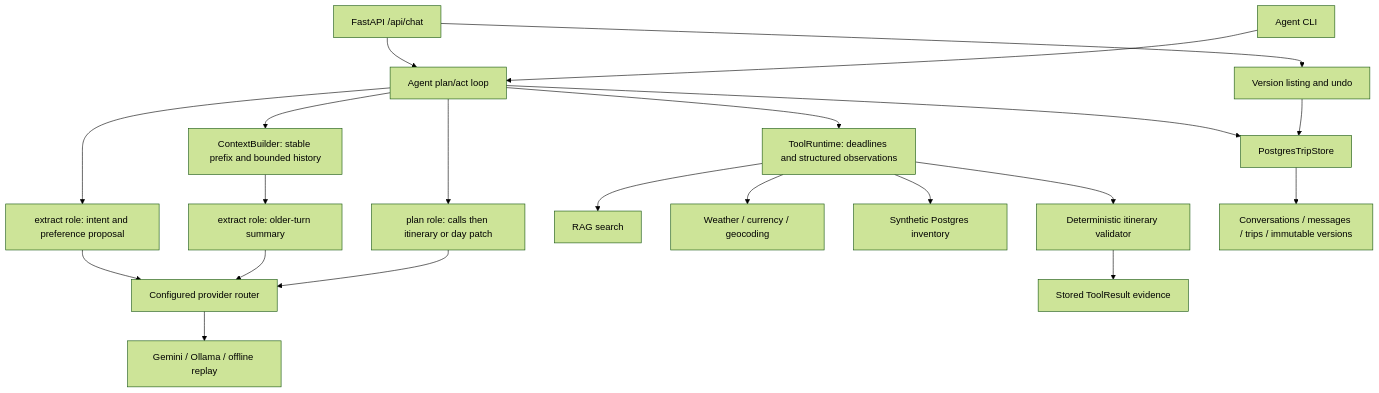
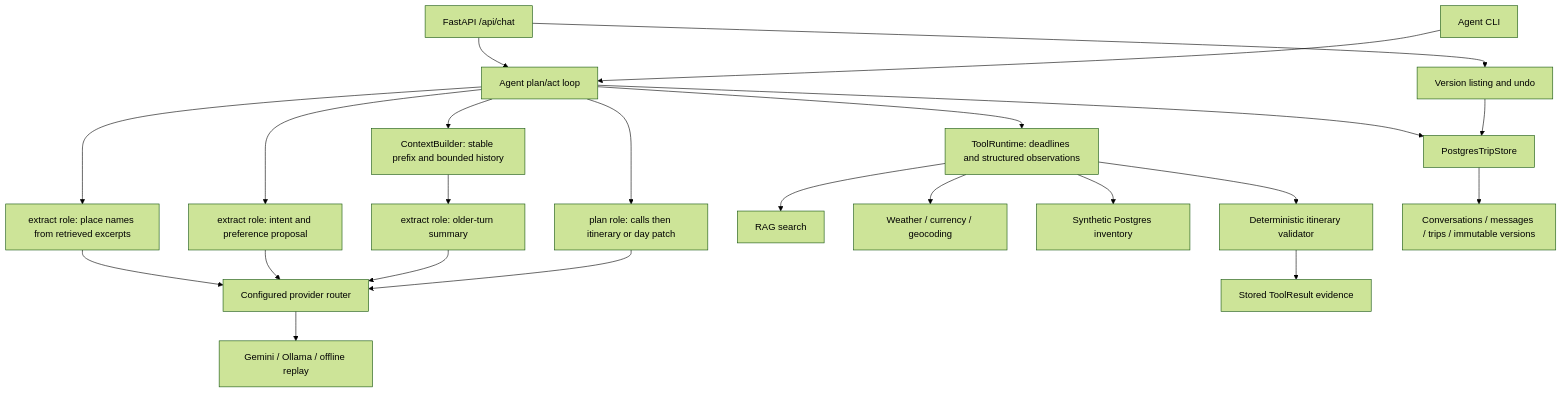
Before and after one commit to AndreasPr/AI-Travel-Agent: the diagram in docs/architecture.md, drawn with Mermaid (forest theme). The commit also changed other lines of this file and 11 other files, not shown here.

````diff
--- a/docs/architecture.md
+++ b/docs/architecture.md
@@ -5,23 +5,25 @@
 ```mermaid
 flowchart TD
     HTTP[FastAPI /api/chat] --> Agent[Agent plan/act loop]
     CLI[Agent CLI] --> Agent
     Agent --> Intent[extract role: intent and preference proposal]
     Agent --> Context[ContextBuilder: stable prefix and bounded history]
     Context --> Summary[extract role: older-turn summary]
+    Agent --> Places[extract role: place names from retrieved excerpts]
+    Places --> Router
     Agent --> Plan[plan role: calls then itinerary or day patch]
     Intent --> Router[Configured provider router]
     Summary --> Router
     Plan --> Router
     Router --> Providers[Gemini / Ollama / offline replay]
     Agent --> Runtime[ToolRuntime: deadlines and structured observations]
     Runtime --> Retrieval[RAG search]
     Runtime --> HTTPTools[Weather / currency / geocoding]
     Runtime --> Inventory[Synthetic Postgres inventory]
     Runtime --> Validation[Deterministic itinerary validator]
     Validation --> Ledger[Stored ToolResult evidence]
     Agent --> Store[PostgresTripStore]
     Store --> DB[Conversations / messages / trips / immutable versions]
     HTTP --> Versions[Version listing and undo]
     Versions --> Store
 ```
````
